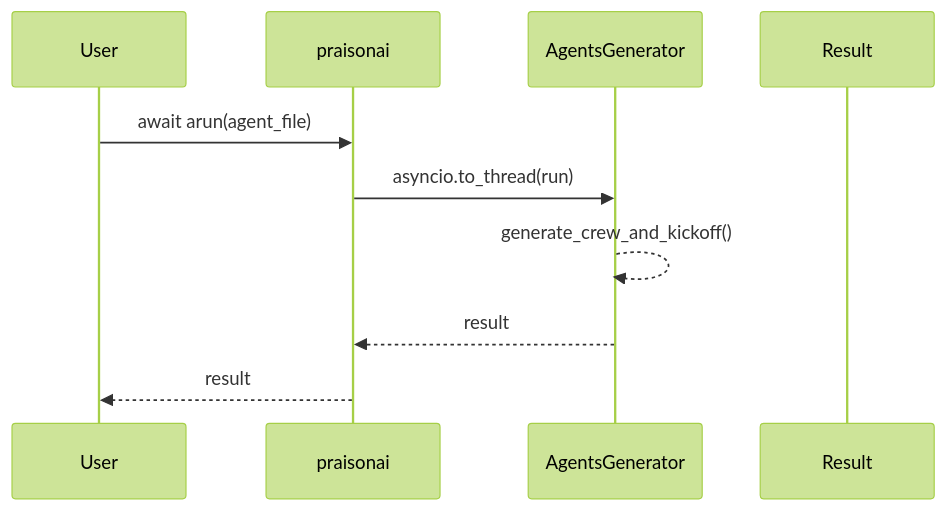
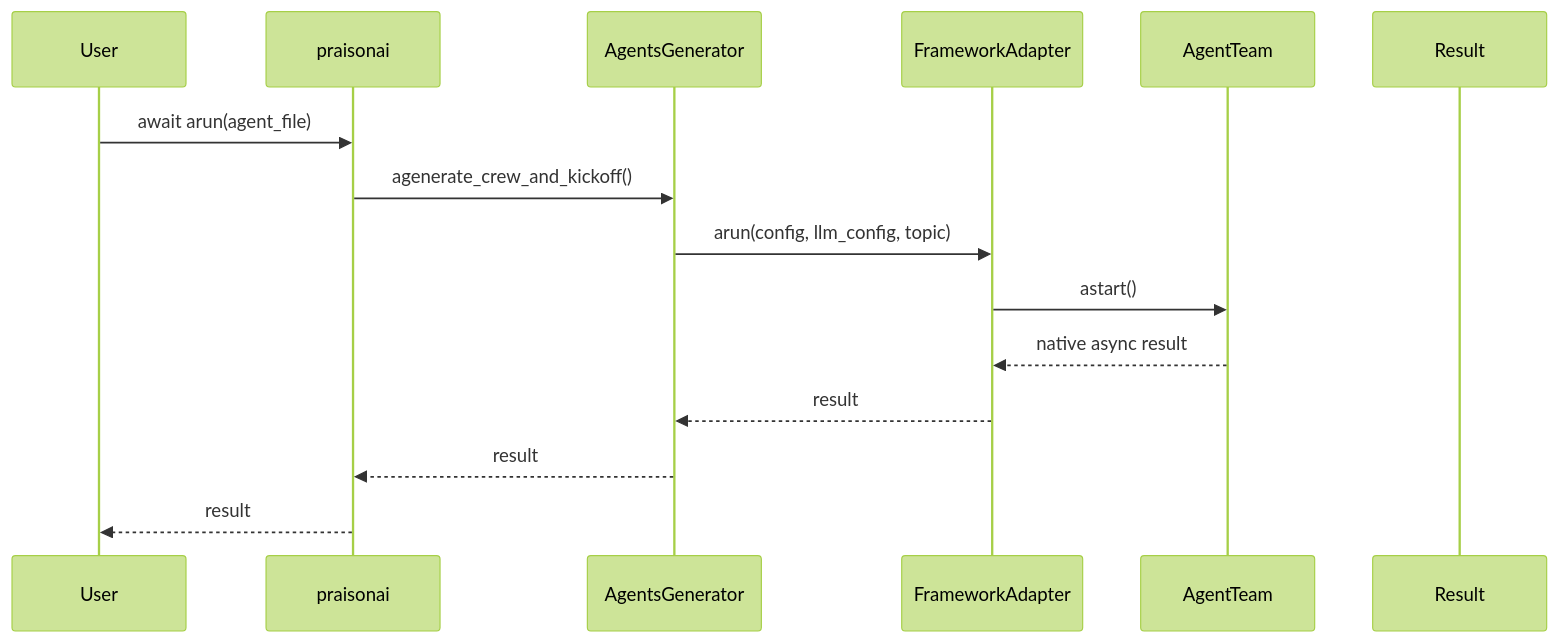
One commit to MervinPraison/PraisonAIDocs changed the second of 2 diagrams in docs/features/async-crew-kickoff.mdx. Above: the diagram before and after it, drawn with Mermaid (forest theme). The commit also changed other lines of this file and 3 other files, not shown here.

First line of the commit message:
docs: update + add docs for wrapper-layer fixes (native async, brace-safe templates, per-agent LLM) from PraisonAI#1794 (#503)

````diff
--- a/docs/features/async-crew-kickoff.mdx
+++ b/docs/features/async-crew-kickoff.mdx
@@ -64,13 +68,18 @@
 ```mermaid
 sequenceDiagram
     participant User
     participant praisonai
     participant AgentsGenerator
+    participant FrameworkAdapter
+    participant AgentTeam
     participant Result
     
     User->>praisonai: await arun(agent_file)
-    praisonai->>AgentsGenerator: asyncio.to_thread(run)
-    AgentsGenerator-->>AgentsGenerator: generate_crew_and_kickoff()
+    praisonai->>AgentsGenerator: agenerate_crew_and_kickoff()
+    AgentsGenerator->>FrameworkAdapter: arun(config, llm_config, topic)
+    FrameworkAdapter->>AgentTeam: astart() 
+    AgentTeam-->>FrameworkAdapter: native async result
+    FrameworkAdapter-->>AgentsGenerator: result
     AgentsGenerator-->>praisonai: result
     praisonai-->>User: result
 ```
````
